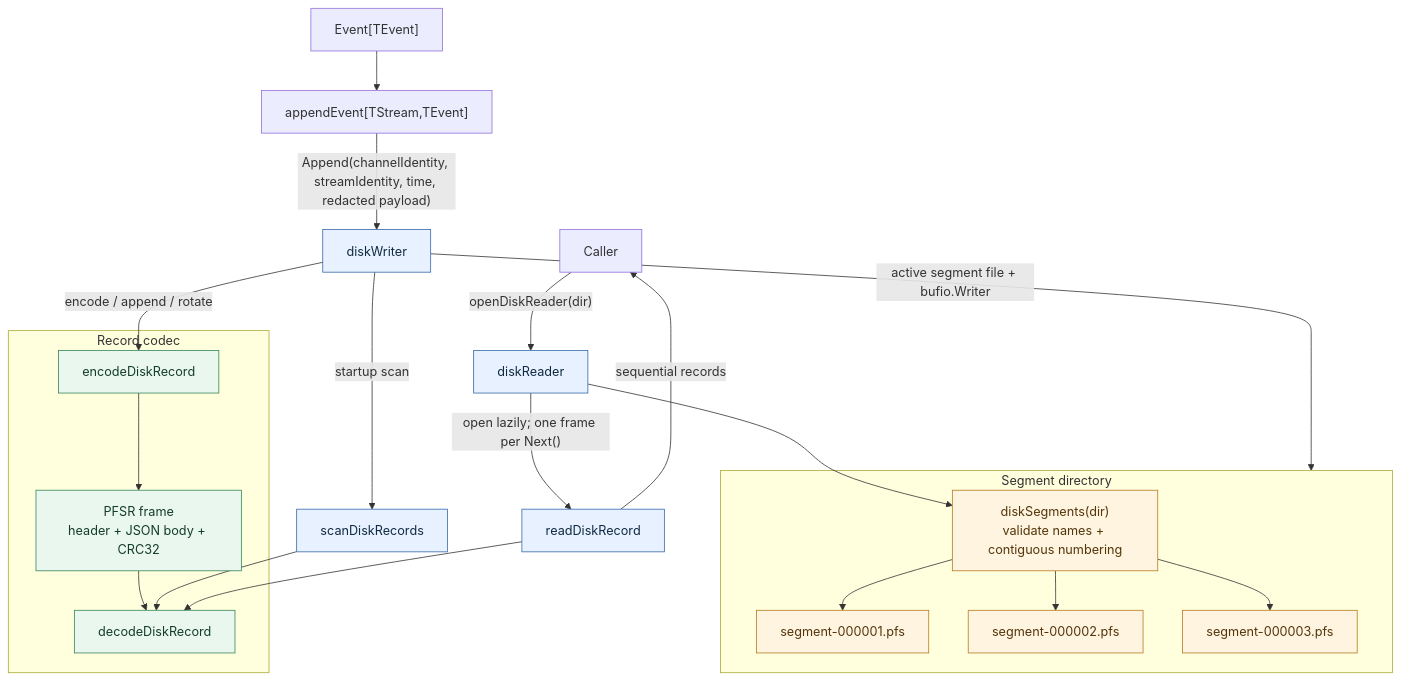
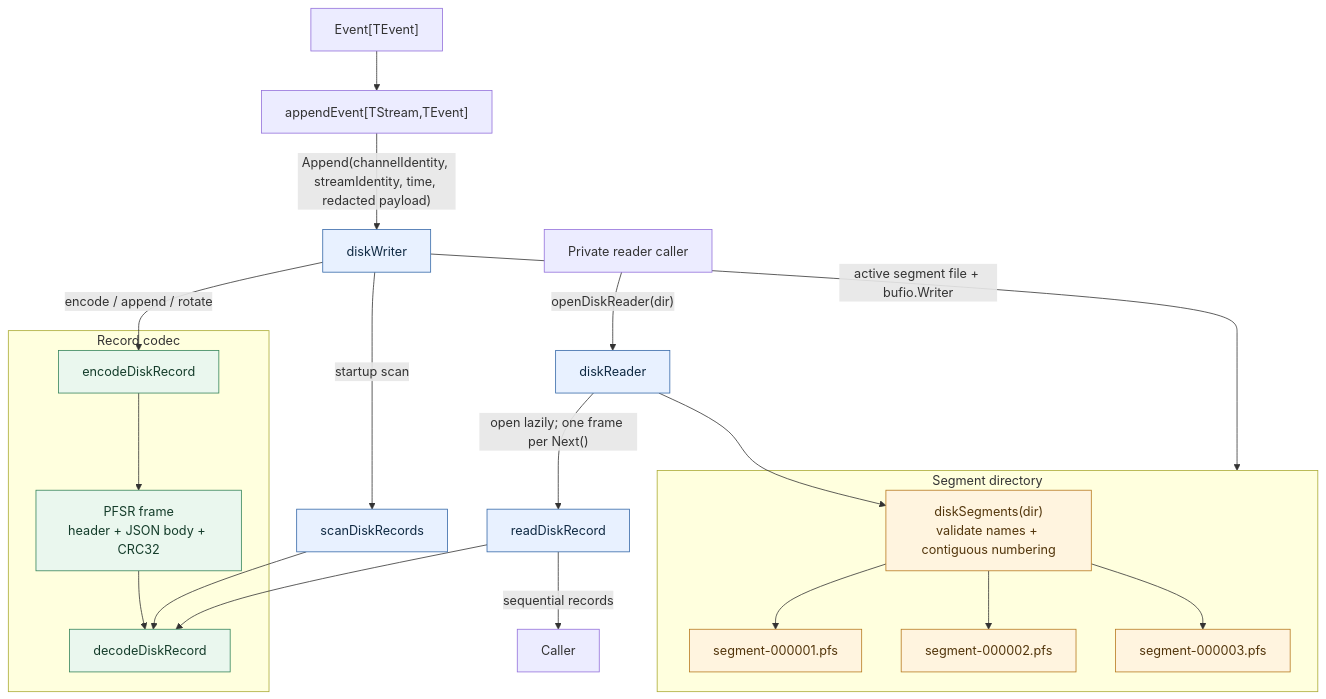
One commit to gunesis-game/pulsyflux-stream changed the first of 8 diagrams in docs/storage_disk.md. Above: the diagram before and after it, drawn with Mermaid. The commit also changed other lines of this file, not shown here.

Commit message:
docs: correct storage diagram and source map

````diff
--- a/docs/storage_disk.md
+++ b/docs/storage_disk.md
@@ -23,41 +23,41 @@
 ```mermaid
 flowchart TB
     TypedEvent["Event[TEvent]"] --> Adapter["appendEvent[TStream,TEvent]"]
     Adapter -->|"Append(channelIdentity, streamIdentity, time, redacted payload)"| Writer["diskWriter"]
-    Caller -->|"openDiskReader(dir)"| Reader["diskReader"]
+    ReaderCaller["Private reader caller"] -->|"openDiskReader(dir)"| Reader["diskReader"]
 
     subgraph Codec["Record codec"]
       Encode["encodeDiskRecord"]
       Decode["decodeDiskRecord"]
       Frame["PFSR frame<br/>header + JSON body + CRC32"]
       Encode --> Frame
       Frame --> Decode
     end
 
     subgraph Filesystem["Segment directory"]
       Segments["diskSegments(dir)<br/>validate names + contiguous numbering"]
       S1["segment-000001.pfs"]
       S2["segment-000002.pfs"]
       S3["segment-000003.pfs"]
       Segments --> S1
       Segments --> S2
       Segments --> S3
     end
 
     Writer -->|"encode / append / rotate"| Encode
     Writer -->|"startup scan"| Scanner["scanDiskRecords"]
     Scanner --> Decode
     Writer -->|"active segment file + bufio.Writer"| Filesystem
 
     Reader --> Segments
     Reader -->|"open lazily; one frame per Next()"| ReadFrame["readDiskRecord"]
     ReadFrame --> Decode
     ReadFrame -->|"sequential records"| Caller
 
     classDef io fill:#e8f1ff,stroke:#3568a8,color:#102a43
     classDef codec fill:#eaf7ee,stroke:#34845a,color:#153d2b
     classDef disk fill:#fff4df,stroke:#b7791f,color:#53360c
     class Writer,Reader,Scanner,ReadFrame io
     class Encode,Decode,Frame codec
     class Segments,S1,S2,S3 disk
 ```
````
